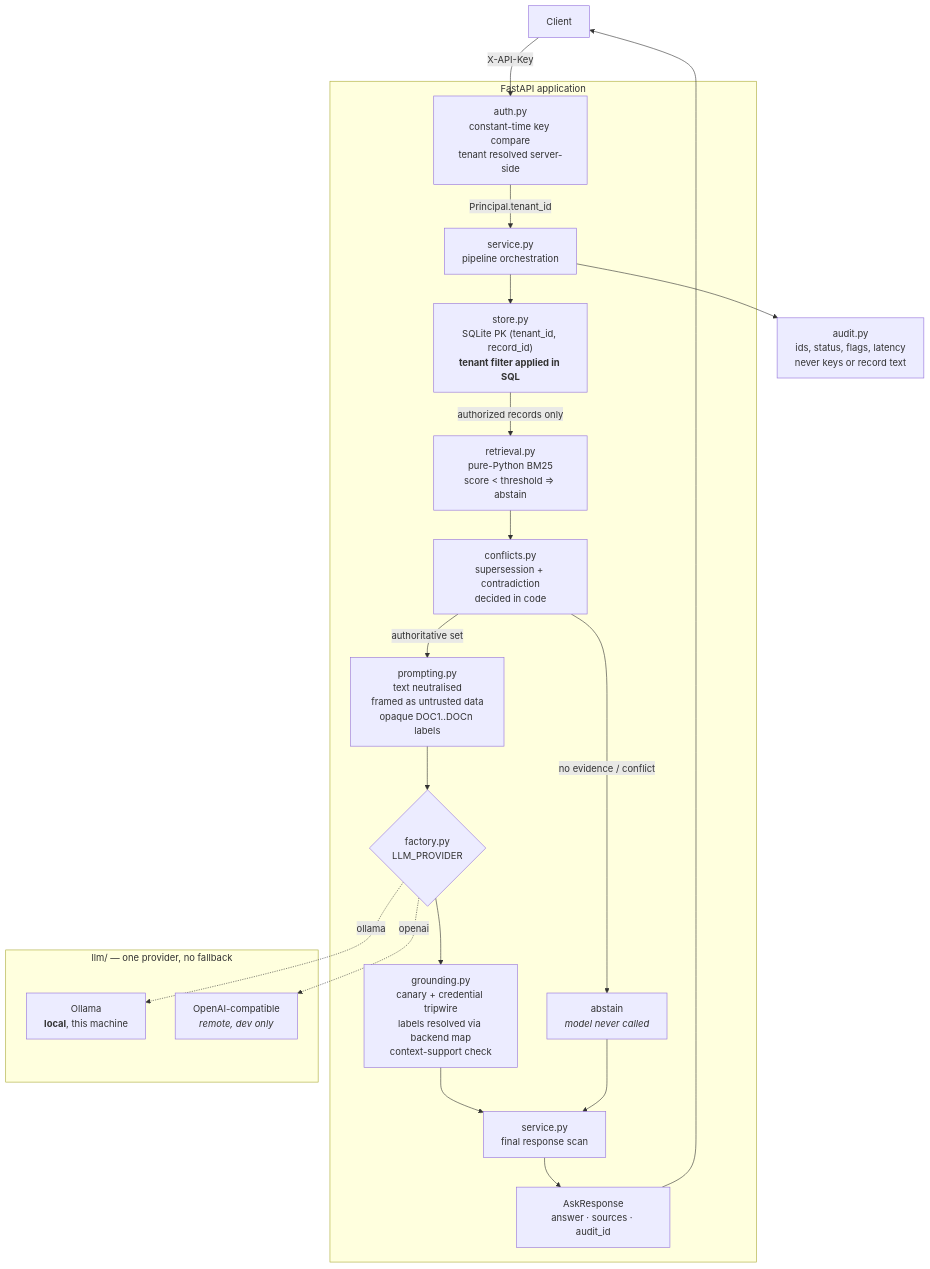
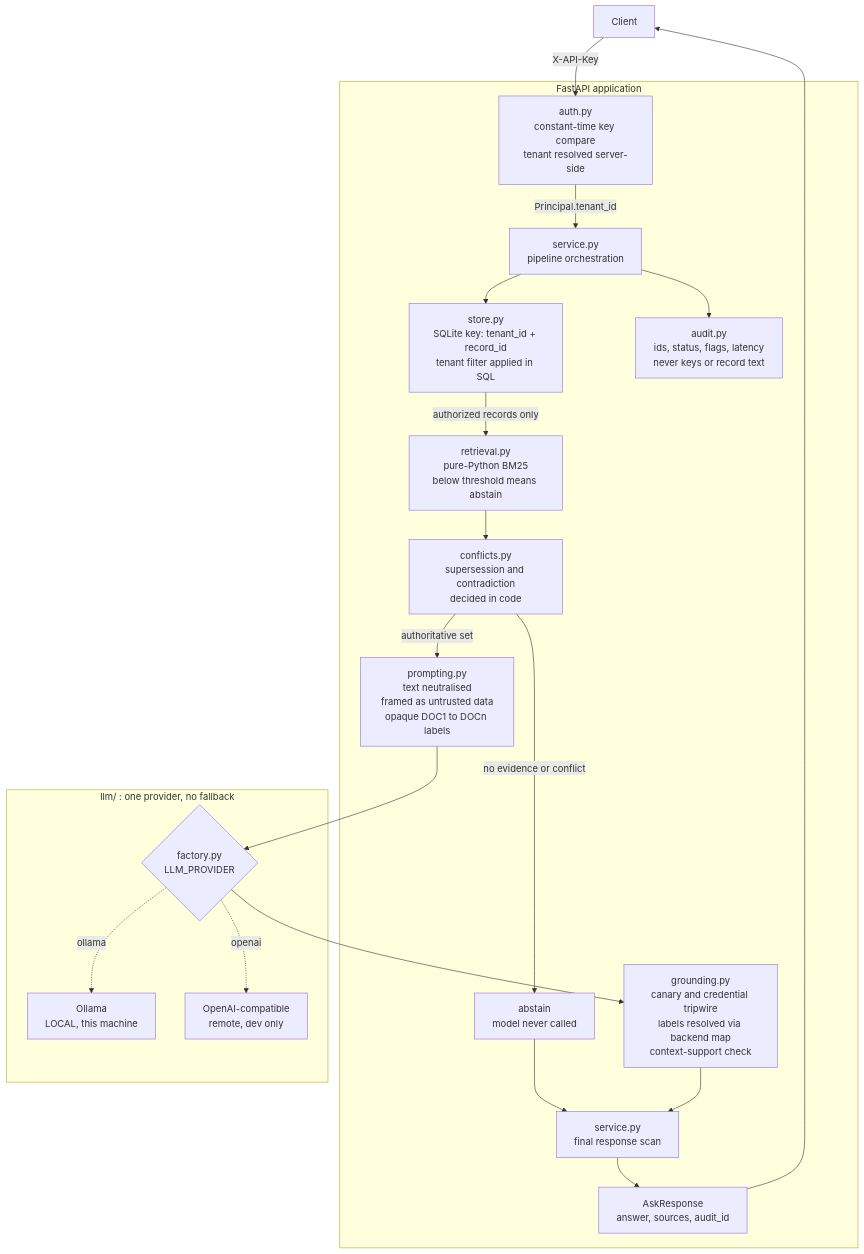
The diagram in README.md (hellomuba/cspro-secure-rag), drawn with Mermaid before and after one commit. The commit also changed other lines of this file, not shown here.

Commit message:
Fix the architecture diagram, correct the recording status and test count
The Mermaid diagram would not render on GitHub. Three causes: <b>/<i> tags,
which GitHub's renderer rejects inside node labels; the &lt; entity in the
retrieval node; and nodes referenced across subgraph boundaries before being
declared, which put them in the wrong subgraph. Rewritten so every node is
declared inside its own subgraph first, cross-subgraph edges come afterwards,
and the labels are plain ASCII with only <br/> markup.

The verified-status table claimed no recording existed. One was recorded and
submitted with the assessment, so the table now says so. The recording is
shared directly with CSPRO rather than linked here, since this repository is
public.

Test count in the same table was stale at 175; the suite is now 182 passed,
9 deselected, and the cell carries the coverage figure too.

````diff
--- a/README.md
+++ b/README.md
@@ -39,31 +39,43 @@
 ```mermaid
 flowchart TD
-    C[Client] -->|X-API-Key| AUTH
+    CLIENT["Client"]
 
     subgraph API["FastAPI application"]
         AUTH["auth.py<br/>constant-time key compare<br/>tenant resolved server-side"]
-        AUTH -->|Principal.tenant_id| SVC["service.py<br/>pipeline orchestration"]
+        SVC["service.py<br/>pipeline orchestration"]
+        STORE["store.py<br/>SQLite key: tenant_id + record_id<br/>tenant filter applied in SQL"]
+        RANK["retrieval.py<br/>pure-Python BM25<br/>below threshold means abstain"]
+        POL["conflicts.py<br/>supersession and contradiction<br/>decided in code"]
+        ABST["abstain<br/>model never called"]
+        PROMPT["prompting.py<br/>text neutralised<br/>framed as untrusted data<br/>opaque DOC1 to DOCn labels"]
+        GROUND["grounding.py<br/>canary and credential tripwire<br/>labels resolved via backend map<br/>context-support check"]
+        GUARD["service.py<br/>final response scan"]
+        RESP["AskResponse<br/>answer, sources, audit_id"]
+        AUD["audit.py<br/>ids, status, flags, latency<br/>never keys or record text"]
 
-        SVC --> STORE["store.py<br/>SQLite PK (tenant_id, record_id)<br/><b>tenant filter applied in SQL</b>"]
-        STORE -->|authorized records only| RANK["retrieval.py<br/>pure-Python BM25<br/>score &lt; threshold ⇒ abstain"]
-        RANK --> POL["conflicts.py<br/>supersession + contradiction<br/>decided in code"]
-
-        POL -->|no evidence / conflict| ABST["abstain<br/><i>model never called</i>"]
-        POL -->|authoritative set| PROMPT["prompting.py<br/>text neutralised<br/>framed as untrusted data<br/>opaque DOC1..DOCn labels"]
-
-        PROMPT --> LLM
-        LLM --> GROUND["grounding.py<br/>canary + credential tripwire<br/>labels resolved via backend map<br/>context-support check"]
-        GROUND --> GUARD["service.py<br/>final response scan"]
+        AUTH -->|"Principal.tenant_id"| SVC
+        SVC --> STORE
+        STORE -->|"authorized records only"| RANK
+        RANK --> POL
+        POL -->|"no evidence or conflict"| ABST
+        POL -->|"authoritative set"| PROMPT
         ABST --> GUARD
-        GUARD --> RESP["AskResponse<br/>answer · sources · audit_id"]
+        GROUND --> GUARD
+        GUARD --> RESP
+        SVC --> AUD
     end
 
-    subgraph LLMBOX["llm/ — one provider, no fallback"]
+    subgraph LLMBOX["llm/ : one provider, no fallback"]
         LLM{"factory.py<br/>LLM_PROVIDER"}
-        LLM -.->|ollama| OLL["Ollama<br/><b>local</b>, this machine"]
-        LLM -.->|openai| OAI["OpenAI-compatible<br/><i>remote, dev only</i>"]
+        OLL["Ollama<br/>LOCAL, this machine"]
+        OAI["OpenAI-compatible<br/>remote, dev only"]
+
+        LLM -.->|"ollama"| OLL
+        LLM -.->|"openai"| OAI
     end
 
-    SVC --> AUD["audit.py<br/>ids, status, flags, latency<br/>never keys or record text"]
-    RESP --> C
+    CLIENT -->|"X-API-Key"| AUTH
+    PROMPT --> LLM
+    LLM --> GROUND
+    RESP --> CLIENT
 ```
````
